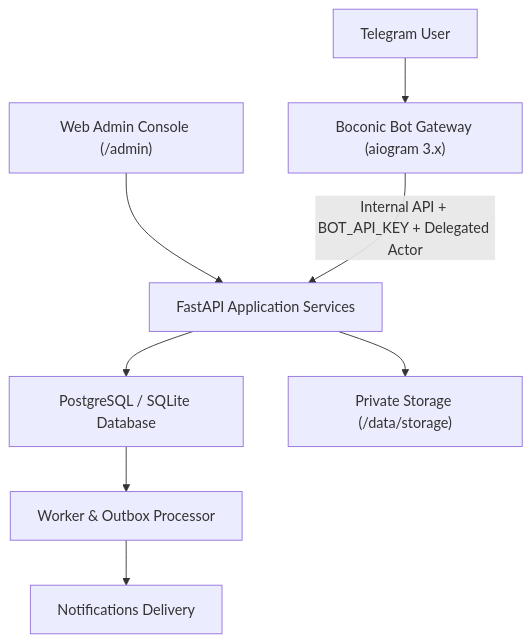
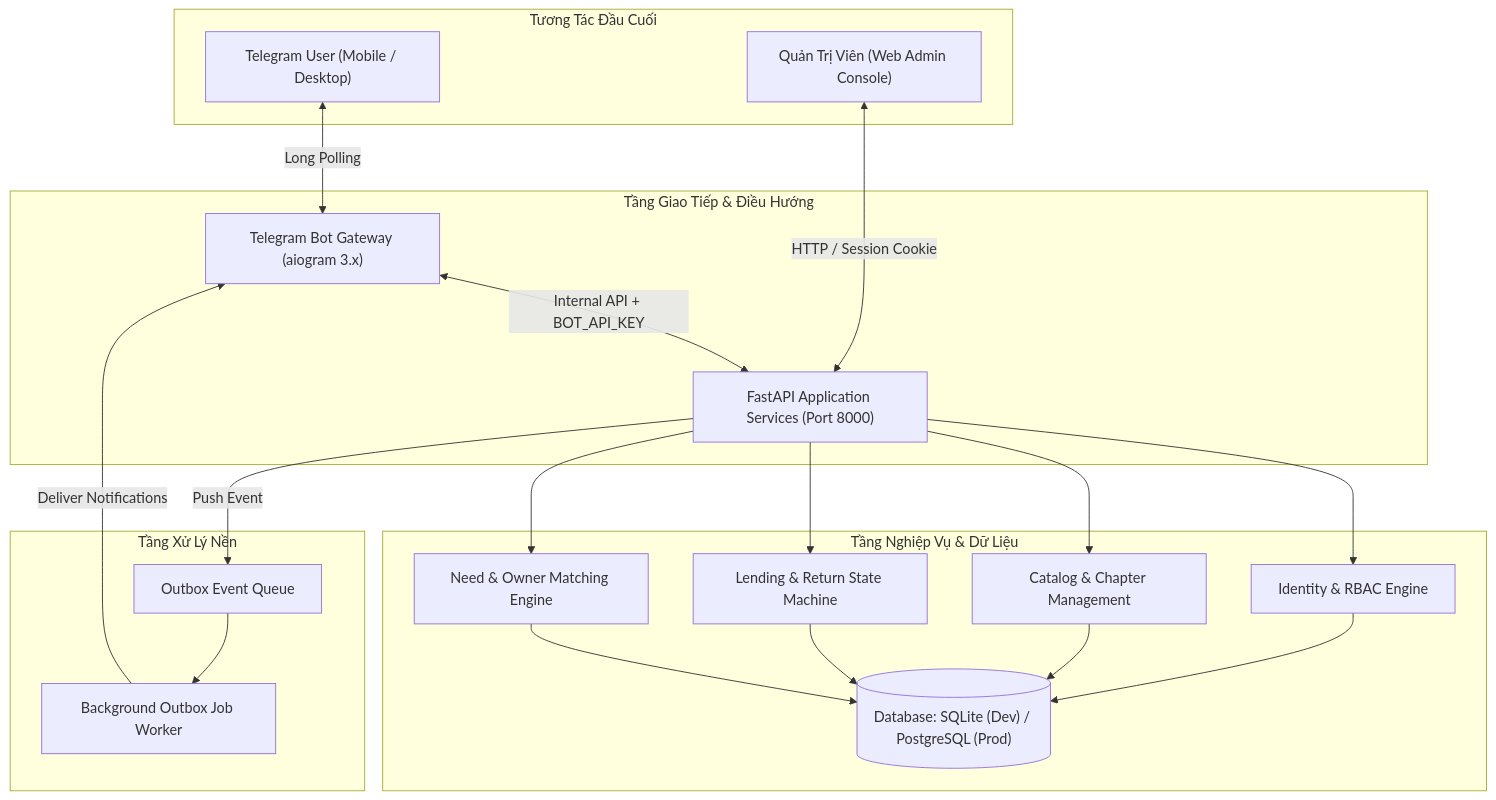
The diagram in README.md (nhdnhut/boconic-book-sharing-platform), drawn with Mermaid before and after one commit. The commit also changed other lines of this file and 17 other files, not shown here.

````diff
--- a/README.md
+++ b/README.md
@@ -22,10 +29,34 @@
 ```mermaid
 flowchart TD
-  T["Telegram User"] --> B["Boconic Bot Gateway (aiogram 3.x)"]
-  A["Web Admin Console (/admin)"] --> F["FastAPI Application Services"]
-  B -->|Internal API + BOT_API_KEY + Delegated Actor| F
-  F --> D["PostgreSQL / SQLite Database"]
-  F --> S["Private Storage (/data/storage)"]
-  D --> W["Worker & Outbox Processor"]
-  W --> N["Notifications Delivery"]
+  subgraph Clients["Tương Tác Đầu Cuối"]
+    T["Telegram User (Mobile / Desktop)"]
+    A["Quản Trị Viên (Web Admin Console)"]
+  end
+
+  subgraph Gateway["Tầng Giao Tiếp & Điều Hướng"]
+    B["Telegram Bot Gateway (aiogram 3.x)"]
+    API["FastAPI Application Services (Port 8000)"]
+  end
+
+  subgraph Core["Tầng Nghiệp Vụ & Dữ Liệu"]
+    S["Identity & RBAC Engine"]
+    C["Catalog & Chapter Management"]
+    L["Lending & Return State Machine"]
+    N["Need & Owner Matching Engine"]
+    DB[("Database: SQLite (Dev) / PostgreSQL (Prod)")]
+  end
+
+  subgraph AsyncWorkers["Tầng Xử Lý Nền"]
+    W["Background Outbox Job Worker"]
+    Q["Outbox Event Queue"]
+  end
+
+  T <-->|Long Polling| B
+  A <-->|HTTP / Session Cookie| API
+  B <-->|Internal API + BOT_API_KEY| API
+  API --> S & C & L & N
+  S & C & L & N --> DB
+  API -->|Push Event| Q
+  Q --> W
+  W -->|Deliver Notifications| B
 ```
````
